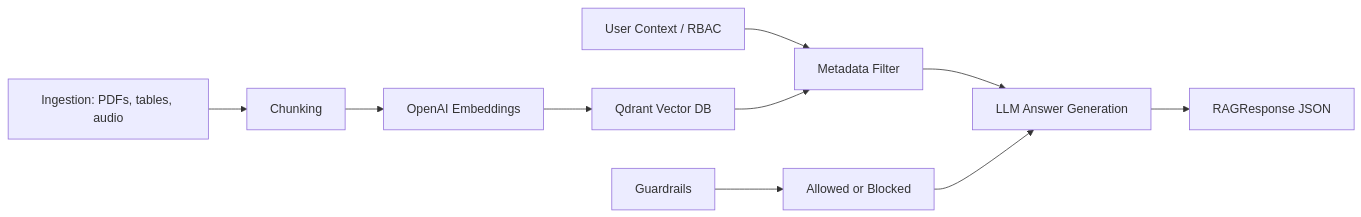
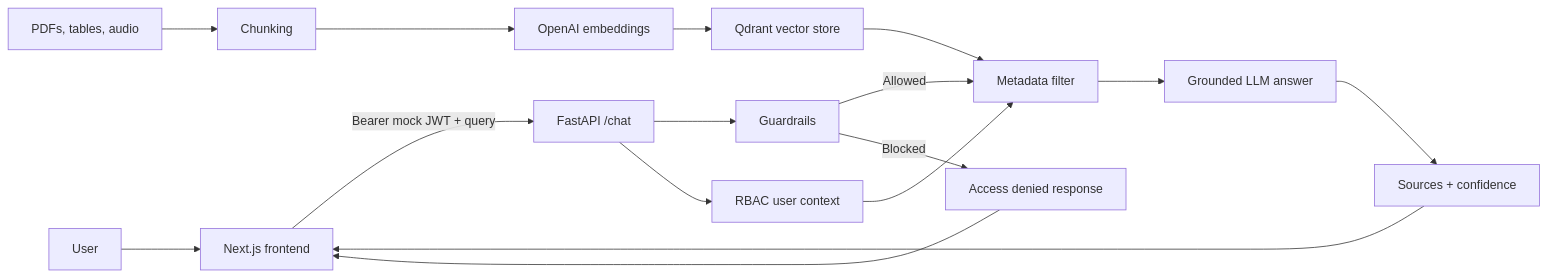
The diagram in README.md (ManeeshChintalapudi12/Ai-Document-Retrieval-Assistant), drawn with Mermaid before and after one commit. The commit also changed other lines of this file, not shown here.

Commit message:
Document frontend architecture and ownership

````diff
--- a/README.md
+++ b/README.md
@@ -9,12 +15,18 @@
 ```mermaid
 flowchart LR
-    A[Ingestion: PDFs, tables, audio] --> B[Chunking]
-    B --> C[OpenAI Embeddings]
-    C --> D[Qdrant Vector DB]
-    E[User Context / RBAC] --> F[Metadata Filter]
-    D --> F
-    G[Guardrails] --> H[Allowed or Blocked]
-    F --> I[LLM Answer Generation]
-    H --> I
-    I --> J[RAGResponse JSON]
+    U[User] --> W[Next.js frontend]
+    W -->|Bearer mock JWT + query| A[FastAPI /chat]
+    A --> G[Guardrails]
+    A --> R[RBAC user context]
+    G -->|Allowed| F[Metadata filter]
+    R --> F
+    I[PDFs, tables, audio] --> C[Chunking]
+    C --> E[OpenAI embeddings]
+    E --> Q[Qdrant vector store]
+    Q --> F
+    F --> L[Grounded LLM answer]
+    G -->|Blocked| D[Access denied response]
+    L --> S[Sources + confidence]
+    D --> W
+    S --> W
 ```
````
